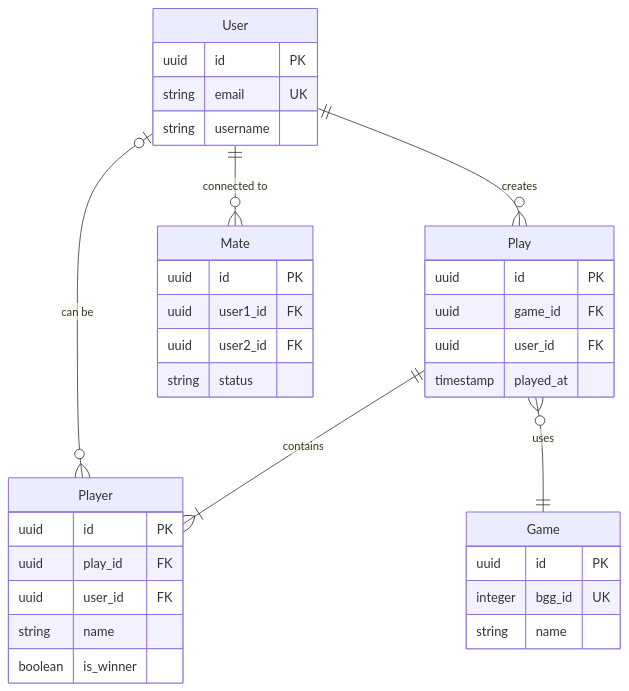
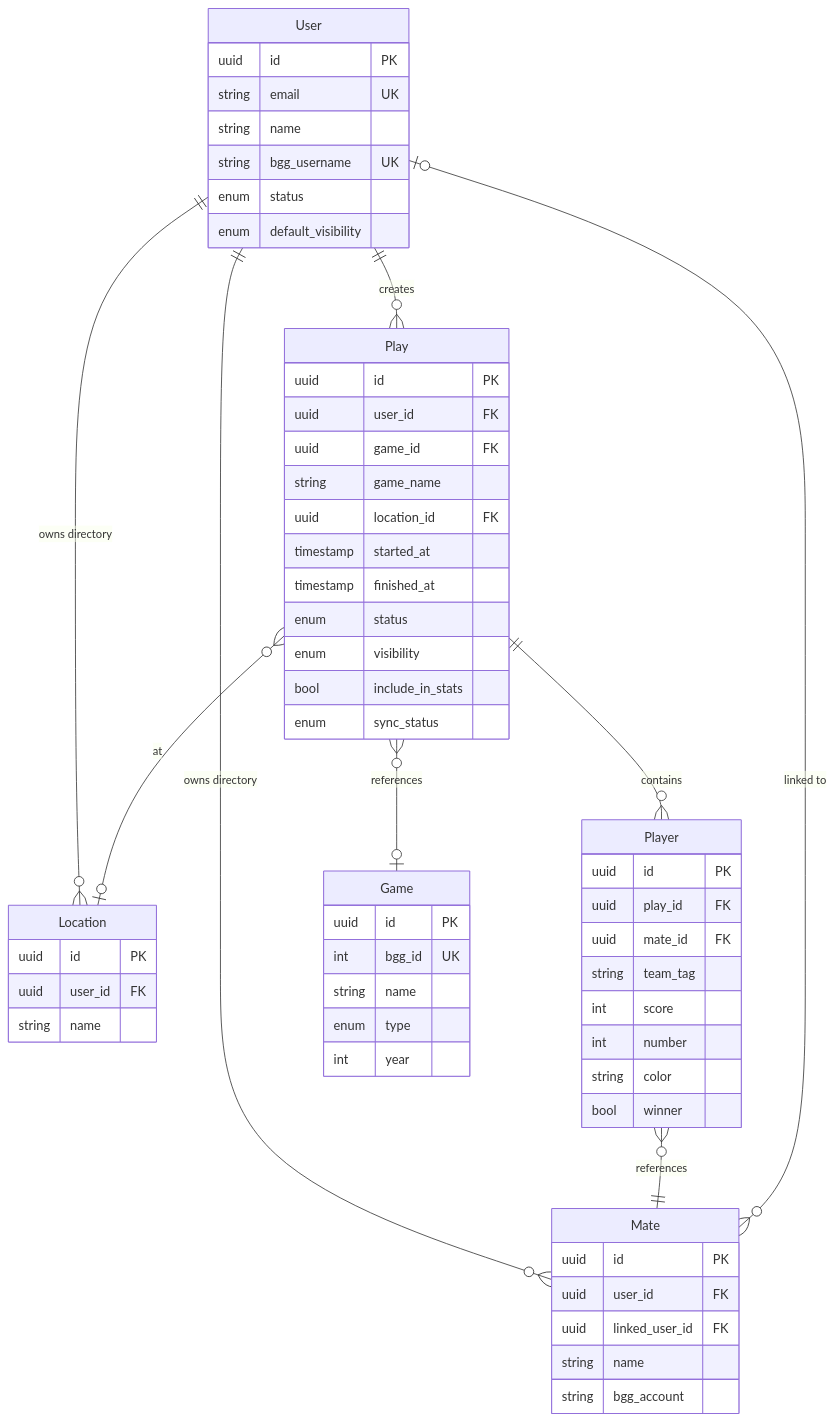
The fourth of 4 diagrams in docs/01-project-overview/02-business-domain.md (anddreyko/bgl-api), drawn with Mermaid before and after one commit. The commit also changed other lines of this file and 6 other files, not shown here.

````diff
--- a/docs/01-project-overview/02-business-domain.md
+++ b/docs/01-project-overview/02-business-domain.md
@@ -290,42 +397,67 @@
 ```mermaid
 erDiagram
     User ||--o{ Play: "creates"
-    User ||--o{ Mate: "connected to"
-    Play ||--|{ Player: "contains"
-    Play }o--|| Game: "uses"
-    Player }o--o| User: "can be"
+    User ||--o{ Mate: "owns directory"
+    User ||--o{ Location: "owns directory"
+    Play ||--o{ Player: "contains"
+    Play }o--o| Game: "references"
+    Play }o--o| Location: "at"
+    Player }o--|| Mate: "references"
+    Mate }o--o| User: "linked to"
 
     User {
         uuid id PK
         string email UK
-        string username
+        string name
+        string bgg_username UK
+        enum status
+        enum default_visibility
     }
 
     Play {
         uuid id PK
+        uuid user_id FK
         uuid game_id FK
-        uuid user_id FK
-        timestamp played_at
+        string game_name
+        uuid location_id FK
+        timestamp started_at
+        timestamp finished_at
+        enum status
+        enum visibility
+        bool include_in_stats
+        enum sync_status
     }
 
     Player {
         uuid id PK
         uuid play_id FK
-        uuid user_id FK
-        string name
-        boolean is_winner
+        uuid mate_id FK
+        string team_tag
+        int score
+        int number
+        string color
+        bool winner
     }
 
     Game {
         uuid id PK
-        integer bgg_id UK
+        int bgg_id UK
         string name
+        enum type
+        int year
     }
 
     Mate {
         uuid id PK
-        uuid user1_id FK
-        uuid user2_id FK
-        string status
+        uuid user_id FK
+        uuid linked_user_id FK
+        string name
+        string bgg_account
+    }
+
+    Location {
+        uuid id PK
+        uuid user_id FK
+        string name
     }
 ```
````
